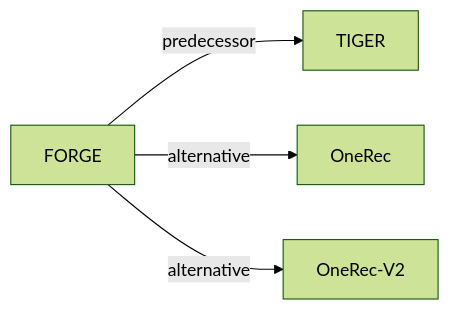
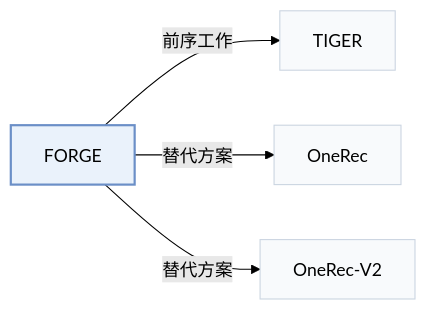
One commit to Galaxy-ghost/Awesome-SID-Generative-Rec changed the third of 3 diagrams in pages/zh/papers/forge.md. Above: the diagram before and after it, drawn with Mermaid (forest theme). The commit also changed other lines of this file and 649 other files, not shown here.

Commit message:
writer-05: also tags and modality index (schema, check, build, visuals); summary field removed; calibration data for 12 papers

````diff
--- a/pages/zh/papers/forge.md
+++ b/pages/zh/papers/forge.md
@@ -130,7 +143,11 @@
 ```mermaid
 flowchart LR
     P["FORGE"]
-    P -->|predecessor| A["TIGER"]
-    P -->|alternative| B["OneRec"]
-    P -->|alternative| C["OneRec-V2"]
+    P -->|"前序工作"| A["TIGER"]
+    P -->|"替代方案"| B["OneRec"]
+    P -->|"替代方案"| C["OneRec-V2"]
+    classDef main fill:#eaf2fb,stroke:#6b8fc7,stroke-width:2px
+    classDef peer fill:#f8fafc,stroke:#cbd5e1
+    class P main
+    class A,B,C peer
 ```
````
